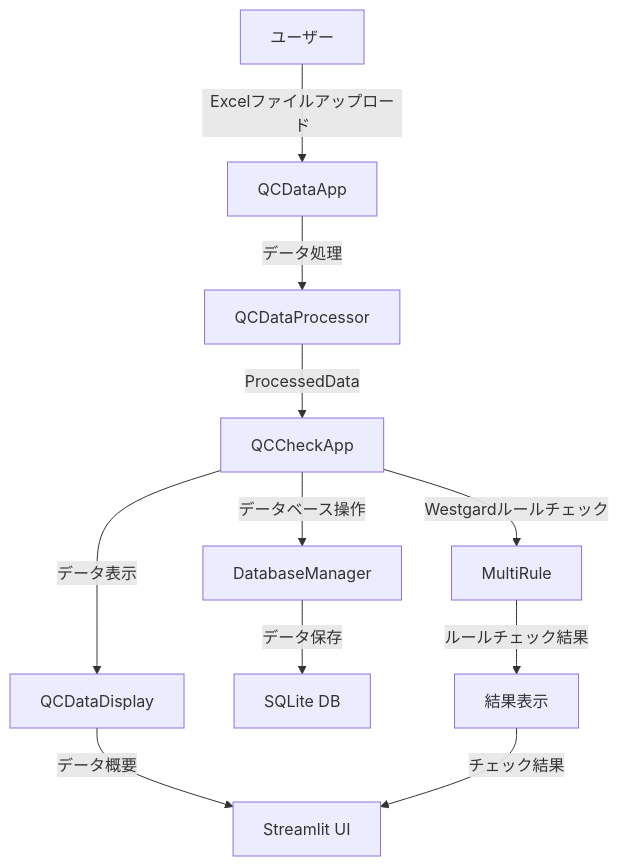
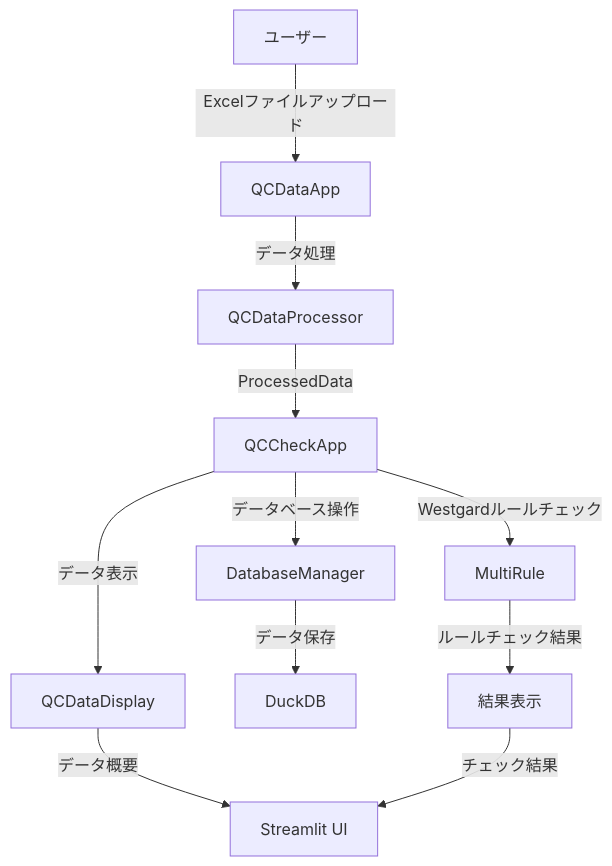
Before and after one commit to takashi-oi/qc_ariken_tpkyo: the diagram in docs/archive/system_documentation.md, drawn with Mermaid. The commit also changed other lines of this file and 2 other files, not shown here.

Commit message:
docs: 仕様書を更新（DuckDB移行とpg05_statical.py機能詳細を反映）

````diff
--- a/docs/archive/system_documentation.md
+++ b/docs/archive/system_documentation.md
@@ -10,13 +10,13 @@
 ```mermaid
 graph TD
     A[ユーザー] -->|Excelファイルアップロード| B[QCDataApp]
     B -->|データ処理| C[QCDataProcessor]
     C -->|ProcessedData| D[QCCheckApp]
     D -->|データ表示| E[QCDataDisplay]
     D -->|データベース操作| F[DatabaseManager]
     D -->|Westgardルールチェック| G[MultiRule]
-    F -->|データ保存| H[SQLite DB]
+    F -->|データ保存| H[DuckDB]
     G -->|ルールチェック結果| I[結果表示]
     E -->|データ概要| J[Streamlit UI]
     I -->|チェック結果| J
 ```
````
